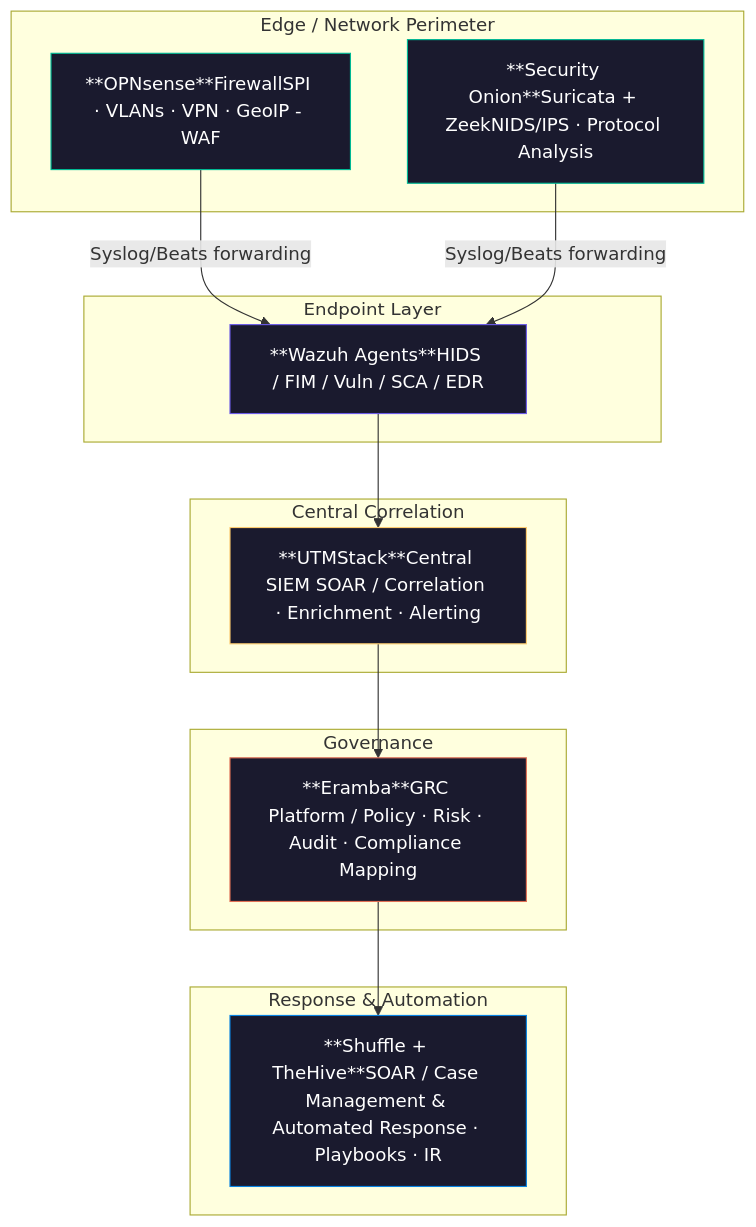
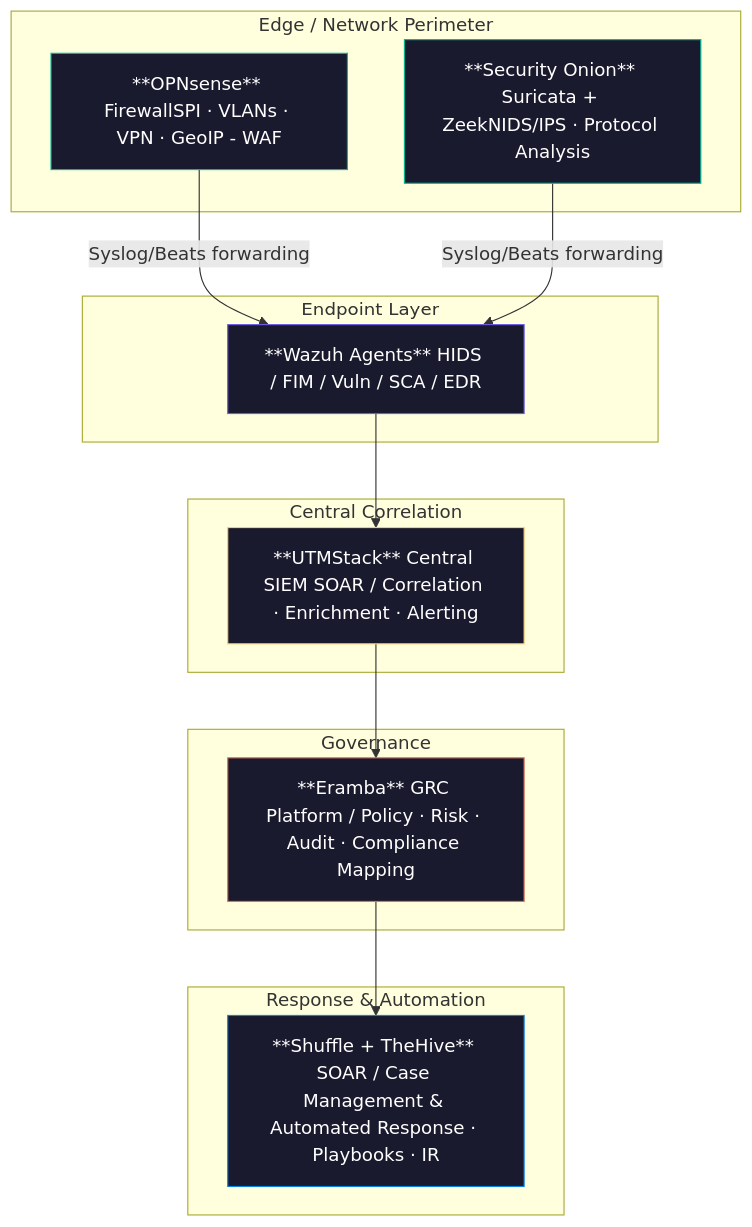
The diagram in notes/Open-Source_Security_Stack.md (sreilly1977/dlh-cyber_security), drawn with Mermaid before and after one commit.

````diff
--- a/notes/Open-Source_Security_Stack.md
+++ b/notes/Open-Source_Security_Stack.md
@@ -72,44 +72,44 @@
 ```mermaid
 graph TD
     subgraph Edge["Edge / Network Perimeter"]
-        OPN["**OPNsense**FirewallSPI · VLANs · VPN · GeoIP - WAF"]
-        SON["**Security Onion**Suricata + ZeekNIDS/IPS · Protocol Analysis"]
+        OPN["**OPNsense** FirewallSPI · VLANs · VPN · GeoIP - WAF"]
+        SON["**Security Onion** Suricata + ZeekNIDS/IPS · Protocol Analysis"]
     end
 
     OPN -- "Syslog/Beats forwarding" --> WAZ
     SON -- "Syslog/Beats forwarding" --> WAZ
 
     subgraph Endpoint["Endpoint Layer"]
-        WAZ["**Wazuh Agents**HIDS / FIM / Vuln / SCA / EDR"]
+        WAZ["**Wazuh Agents** HIDS / FIM / Vuln / SCA / EDR"]
     end
 
     WAZ --> UTM
 
     subgraph Central["Central Correlation"]
-        UTM["**UTMStack**Central SIEM SOAR / Correlation · Enrichment · Alerting"]
+        UTM["**UTMStack** Central SIEM SOAR / Correlation · Enrichment · Alerting"]
     end
 
     UTM --> ERA
 
     subgraph Governance["Governance"]
-        ERA["**Eramba**GRC Platform / Policy · Risk · Audit · Compliance Mapping"]
+        ERA["**Eramba** GRC Platform / Policy · Risk · Audit · Compliance Mapping"]
     end
 
     ERA --> SOAR
 
     subgraph Response["Response & Automation"]
-        SOAR["**Shuffle + TheHive**SOAR / Case Management & Automated Response · Playbooks · IR"]
+        SOAR["**Shuffle + TheHive** SOAR / Case Management & Automated Response · Playbooks · IR"]
     end
 
     classDef edgeNode fill:#1a1a2e,stroke:#00b894,color:#fff
     classDef endpointNode fill:#1a1a2e,stroke:#6c5ce7,color:#fff
     classDef centralNode fill:#1a1a2e,stroke:#fdcb6e,color:#fff
     classDef govNode fill:#1a1a2e,stroke:#e17055,color:#fff
     classDef respNode fill:#1a1a2e,stroke:#0984e3,color:#fff
 
     class OPN,COR,SON edgeNode
     class WAZ endpointNode
     class UTM centralNode
     class ERA govNode
     class SOAR respNode
 ```
````
